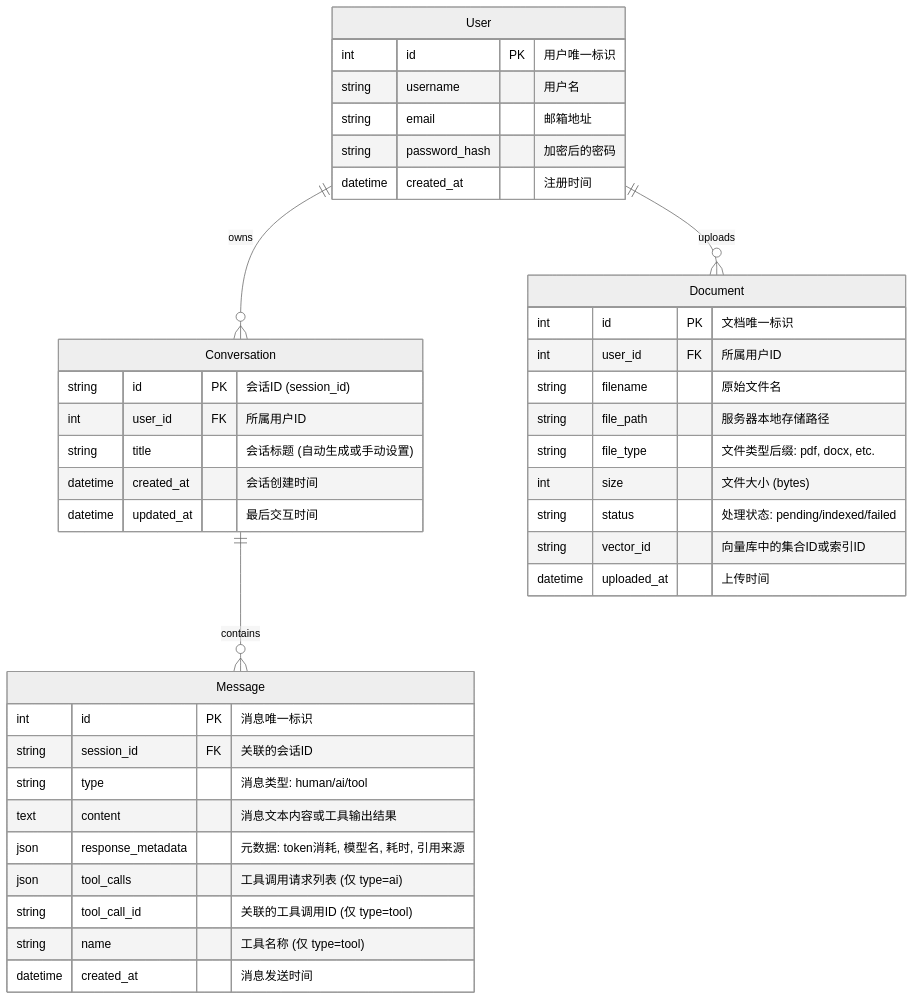
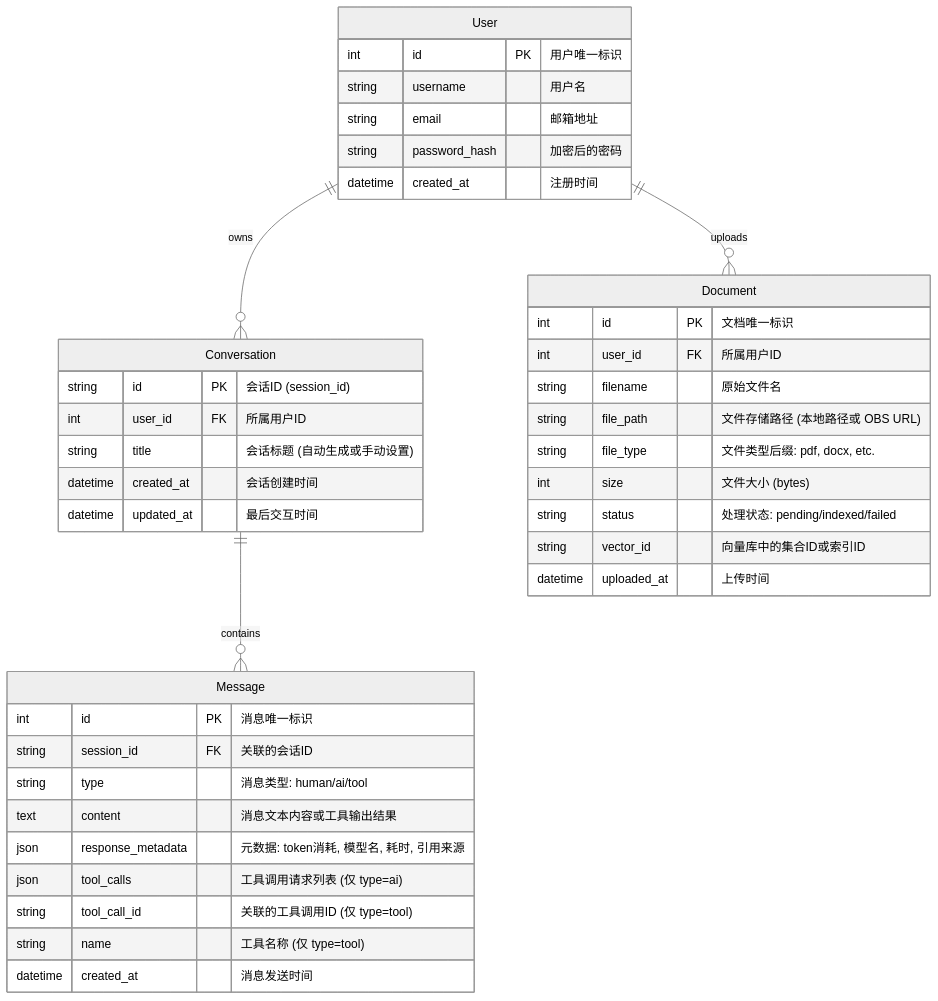
The second of 2 diagrams in product_docs/technical_design_document.md (liudu2326526/smart-flow-agent), drawn with Mermaid (neutral theme) before and after one commit. The commit also changed 12 other files, not shown here.

````diff
--- a/product_docs/technical_design_document.md
+++ b/product_docs/technical_design_document.md
@@ -110,46 +110,46 @@
 ```mermaid
 erDiagram
     User ||--o{ Conversation : owns
     User ||--o{ Document : uploads
     Conversation ||--o{ Message : contains
     
     User {
         int id PK "用户唯一标识"
         string username "用户名"
         string email "邮箱地址"
         string password_hash "加密后的密码"
         datetime created_at "注册时间"
     }
     
     Conversation {
         string id PK "会话ID (session_id)"
         int user_id FK "所属用户ID"
         string title "会话标题 (自动生成或手动设置)"
         datetime created_at "会话创建时间"
         datetime updated_at "最后交互时间"
     }
     
     Message {
         int id PK "消息唯一标识"
         string session_id FK "关联的会话ID"
         string type "消息类型: human/ai/tool"
         text content "消息文本内容或工具输出结果"
         json response_metadata "元数据: token消耗, 模型名, 耗时, 引用来源"
         json tool_calls "工具调用请求列表 (仅 type=ai)"
         string tool_call_id "关联的工具调用ID (仅 type=tool)"
         string name "工具名称 (仅 type=tool)"
         datetime created_at "消息发送时间"
     }
     
     Document {
         int id PK "文档唯一标识"
         int user_id FK "所属用户ID"
         string filename "原始文件名"
-        string file_path "服务器本地存储路径"
+        string file_path "文件存储路径 (本地路径或 OBS URL)"
         string file_type "文件类型后缀: pdf, docx, etc."
         int size "文件大小 (bytes)"
         string status "处理状态: pending/indexed/failed"
         string vector_id "向量库中的集合ID或索引ID"
         datetime uploaded_at "上传时间"
     }
 ```
````
